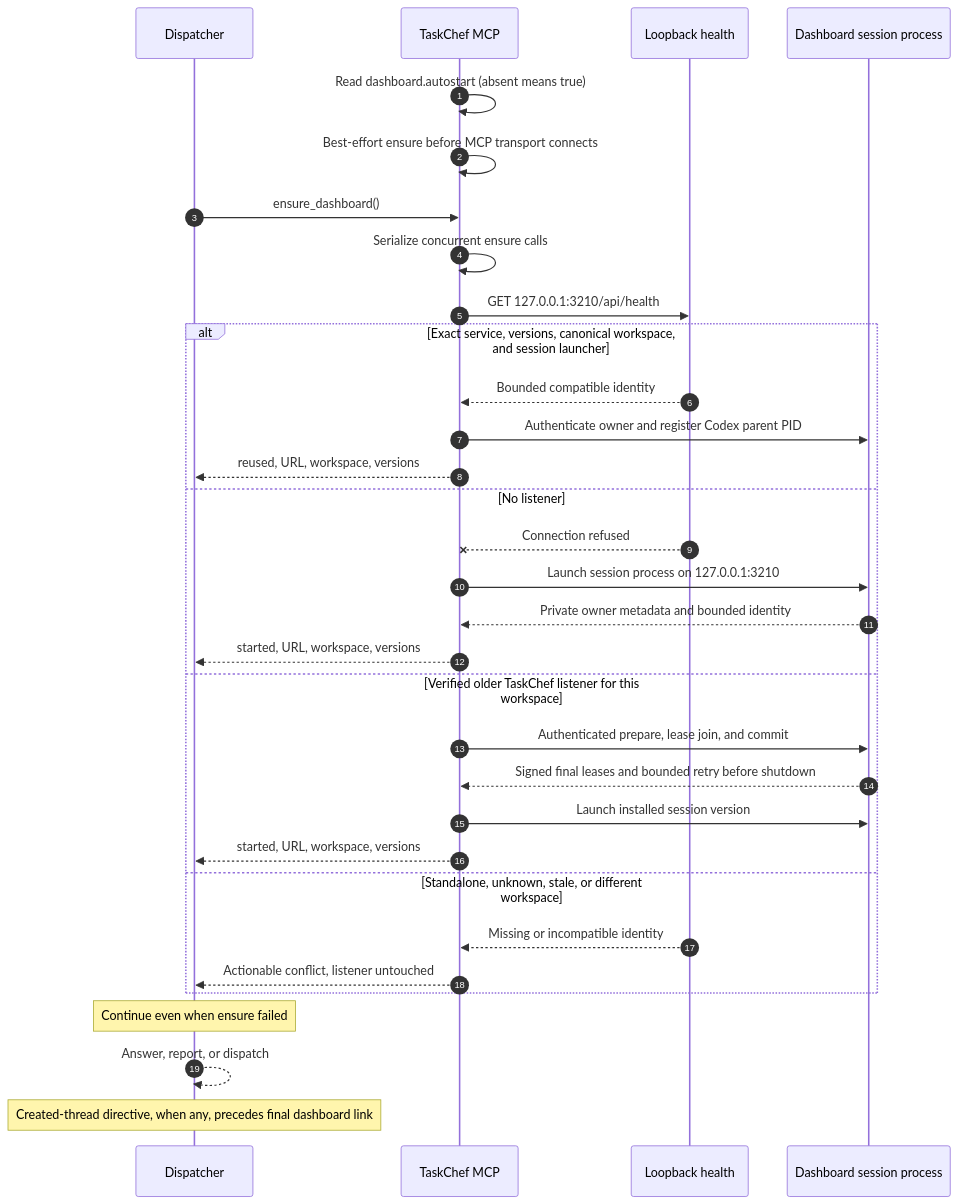
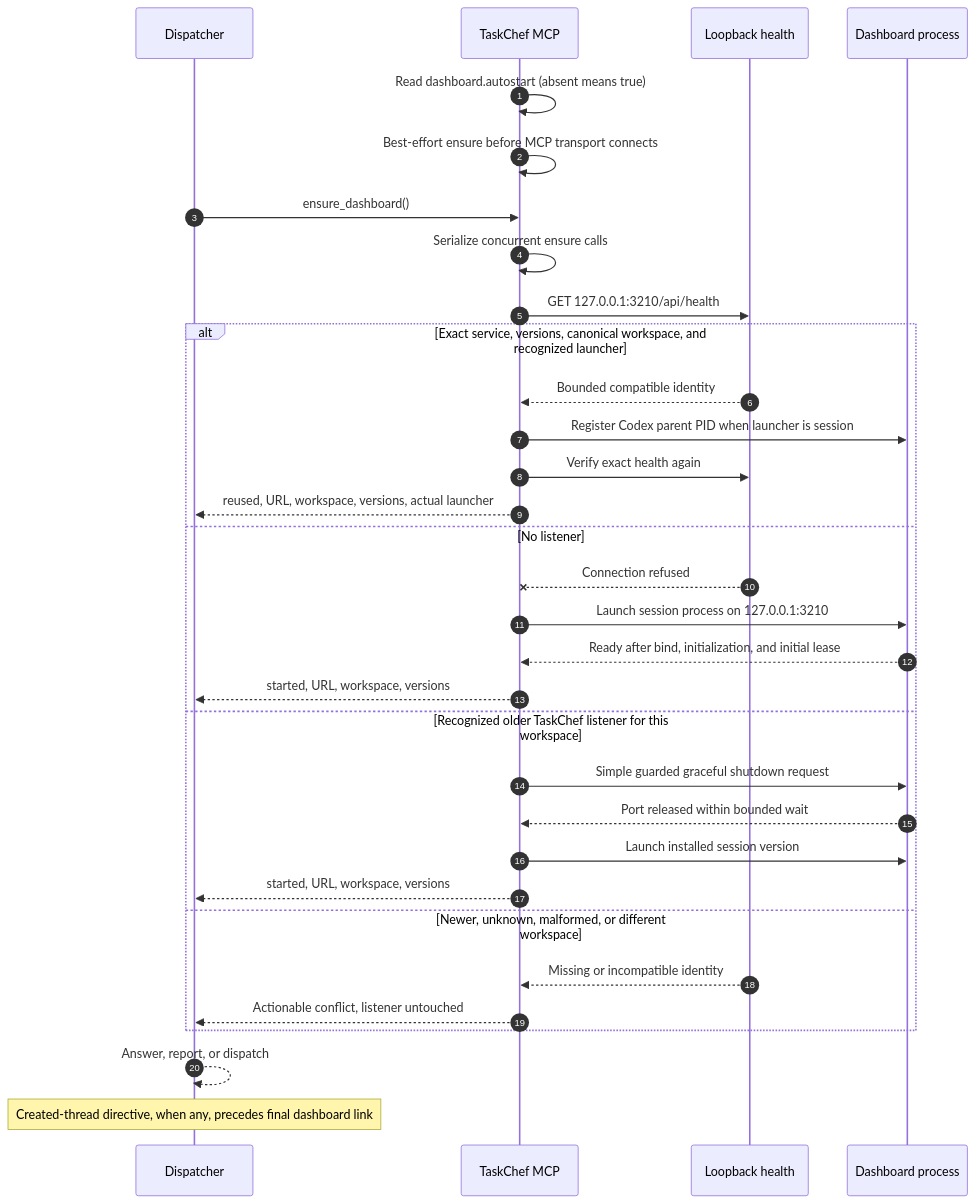
One commit to favoyang/taskchef changed the first of 8 diagrams in docs/workflows.md. Above: the diagram before and after it, drawn with Mermaid. The commit also changed other lines of this file and 13 other files, not shown here.

````diff
--- a/docs/workflows.md
+++ b/docs/workflows.md
@@ -43,34 +43,34 @@
 ```mermaid
 sequenceDiagram
   autonumber
   participant D as Dispatcher
   participant M as TaskChef MCP
   participant H as Loopback health
-  participant S as Dashboard session process
+  participant S as Dashboard process
   M->>M: Read dashboard.autostart (absent means true)
   M->>M: Best-effort ensure before MCP transport connects
   D->>M: ensure_dashboard()
   M->>M: Serialize concurrent ensure calls
   M->>H: GET 127.0.0.1:3210/api/health
-  alt Exact service, versions, canonical workspace, and session launcher
+  alt Exact service, versions, canonical workspace, and recognized launcher
     H-->>M: Bounded compatible identity
-    M->>S: Authenticate owner and register Codex parent PID
-    M-->>D: reused, URL, workspace, versions
+    M->>S: Register Codex parent PID when launcher is session
+    M->>H: Verify exact health again
+    M-->>D: reused, URL, workspace, versions, actual launcher
   else No listener
     H--xM: Connection refused
     M->>S: Launch session process on 127.0.0.1:3210
-    S-->>M: Private owner metadata and bounded identity
+    S-->>M: Ready after bind, initialization, and initial lease
     M-->>D: started, URL, workspace, versions
-  else Verified older TaskChef listener for this workspace
-    M->>S: Authenticated prepare, lease join, and commit
-    S-->>M: Signed final leases and bounded retry before shutdown
+  else Recognized older TaskChef listener for this workspace
+    M->>S: Simple guarded graceful shutdown request
+    S-->>M: Port released within bounded wait
     M->>S: Launch installed session version
     M-->>D: started, URL, workspace, versions
-  else Standalone, unknown, stale, or different workspace
+  else Newer, unknown, malformed, or different workspace
     H-->>M: Missing or incompatible identity
     M-->>D: Actionable conflict, listener untouched
   end
-  Note over D: Continue even when ensure failed
   D-->>D: Answer, report, or dispatch
   Note over D: Created-thread directive, when any, precedes final dashboard link
 ```
````
